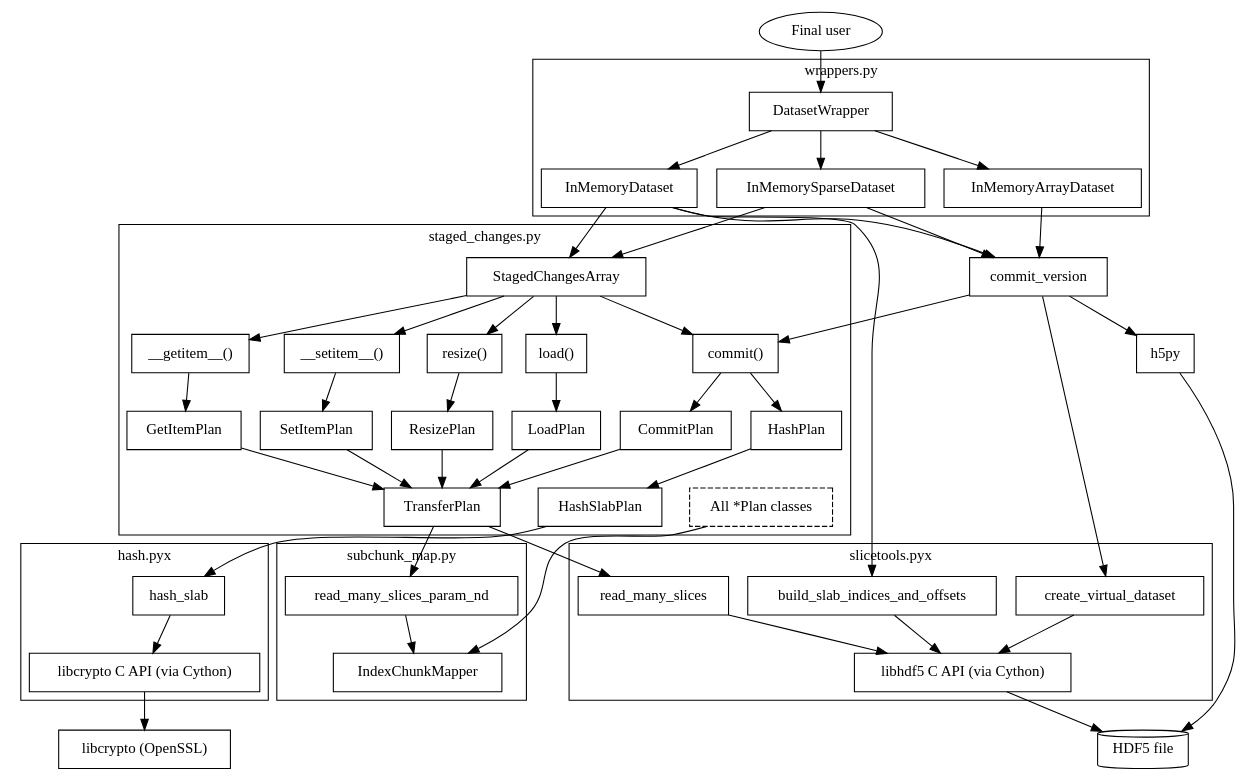
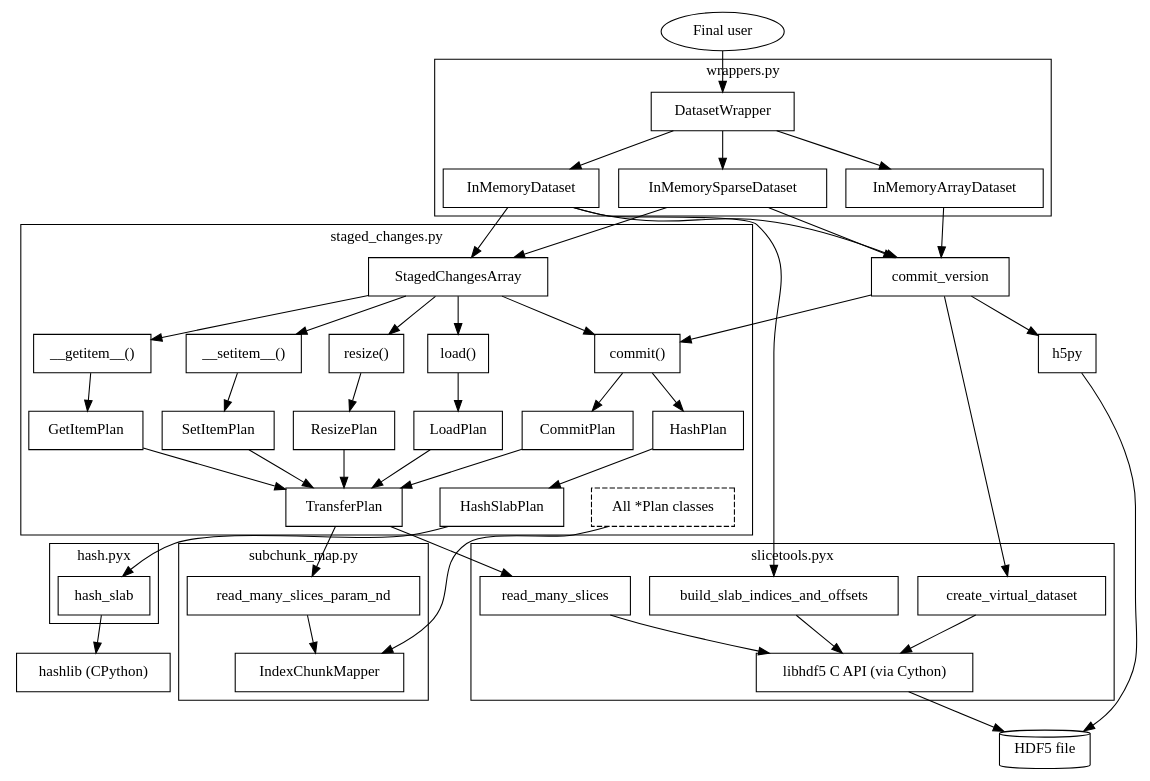
One commit to deshaw/versioned-hdf5 changed the diagram in docs/staged_changes.rst. Above: the diagram before and after it, drawn with Graphviz. The commit also changed 11 other files, not shown here.

```diff
--- a/docs/staged_changes.rst
+++ b/docs/staged_changes.rst
@@ -562,11 +562,10 @@
       subgraph cluster_4 {
           label="hash.pyx";
           hash_slab;
-          libcrypto_api [label="libcrypto C API (via Cython)"]
       }
 
-      libcrypto [label="libcrypto (OpenSSL)"];
-      hash_slab -> libcrypto_api -> libcrypto;
+      hashlib [label="hashlib (CPython)"];
+      hash_slab -> hashlib;
 
       user -> DatasetWrapper;
 
```
